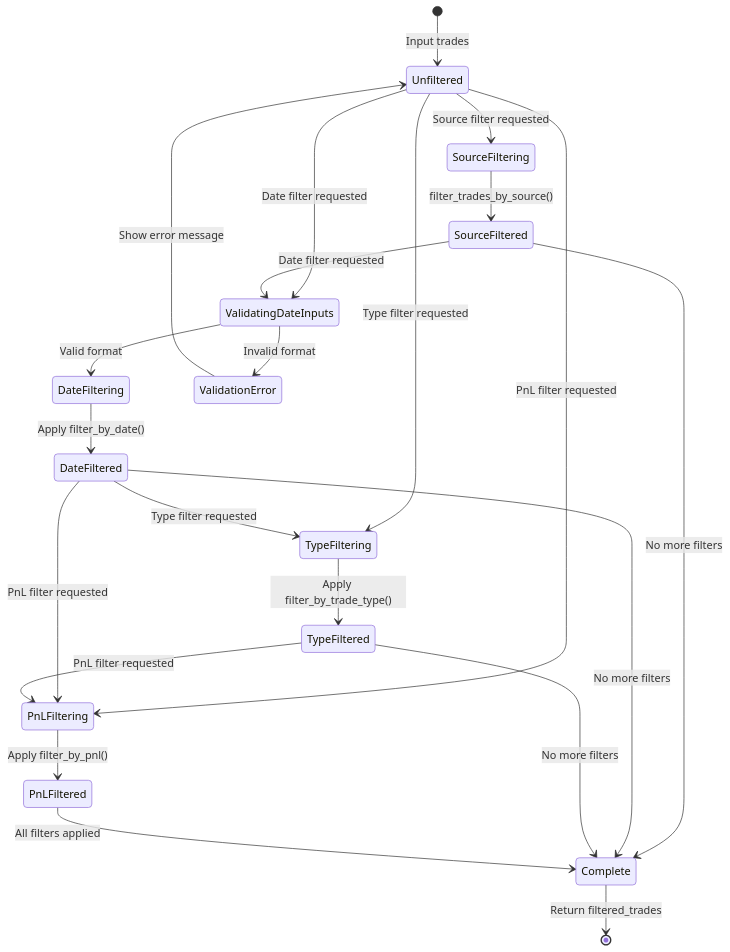
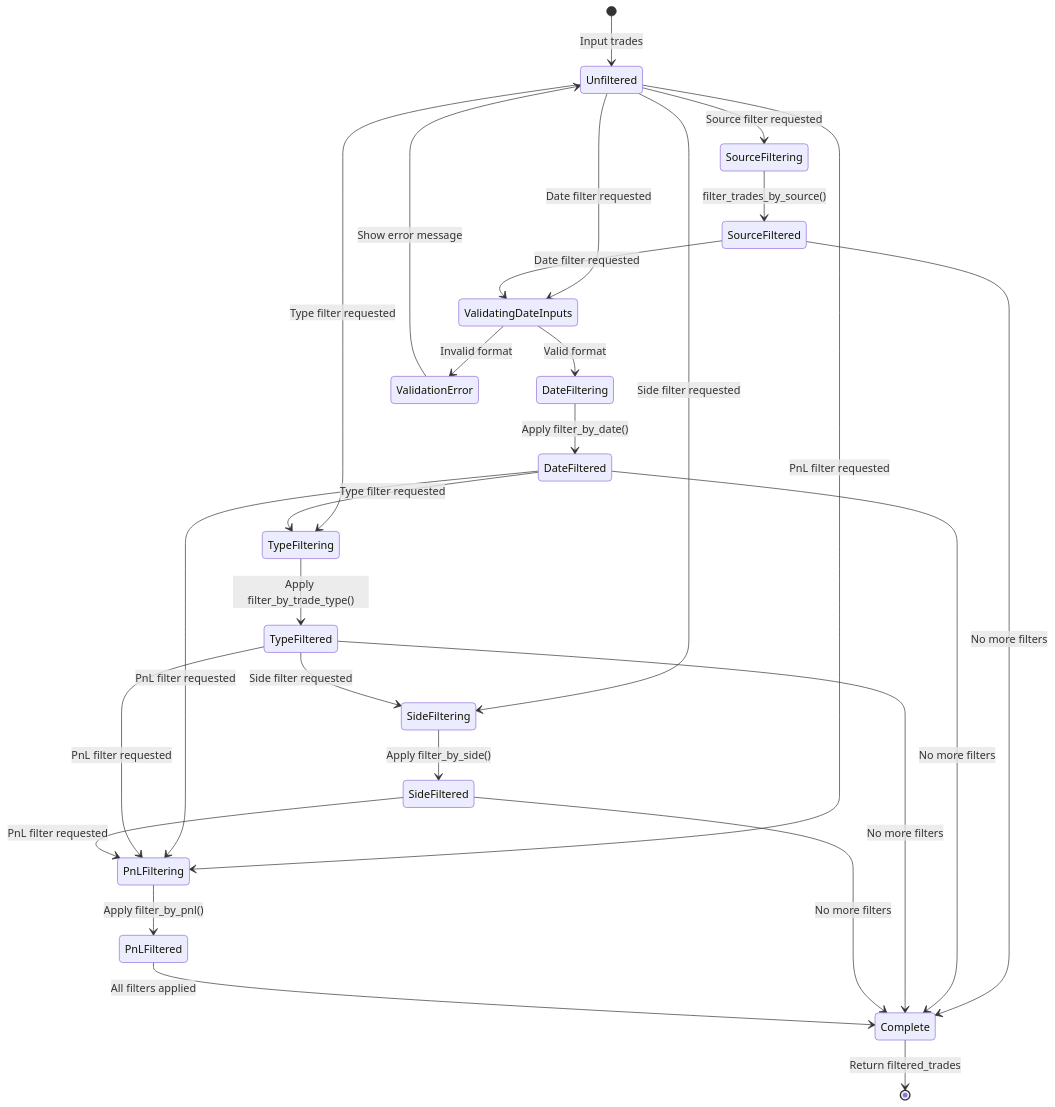
The fifth of 13 diagrams in docs/STATE_MACHINE_DIAGRAMS.md (Frostbite1536/Prediction_Analyzer), drawn with Mermaid before and after one commit. The commit also changed other lines of this file and 5 other files, not shown here.

````diff
--- a/docs/STATE_MACHINE_DIAGRAMS.md
+++ b/docs/STATE_MACHINE_DIAGRAMS.md
@@ -252,36 +266,43 @@
 ```mermaid
 stateDiagram-v2
     [*] --> Unfiltered: Input trades
 
     Unfiltered --> SourceFiltering: Source filter requested
     Unfiltered --> ValidatingDateInputs: Date filter requested
     Unfiltered --> TypeFiltering: Type filter requested
+    Unfiltered --> SideFiltering: Side filter requested
     Unfiltered --> PnLFiltering: PnL filter requested
 
     SourceFiltering --> SourceFiltered: filter_trades_by_source()
 
     SourceFiltered --> ValidatingDateInputs: Date filter requested
     SourceFiltered --> Complete: No more filters
 
     ValidatingDateInputs --> DateFiltering: Valid format
     ValidatingDateInputs --> ValidationError: Invalid format
 
     DateFiltering --> DateFiltered: Apply filter_by_date()
 
     DateFiltered --> TypeFiltering: Type filter requested
     DateFiltered --> PnLFiltering: PnL filter requested
     DateFiltered --> Complete: No more filters
 
     TypeFiltering --> TypeFiltered: Apply filter_by_trade_type()
 
+    TypeFiltered --> SideFiltering: Side filter requested
     TypeFiltered --> PnLFiltering: PnL filter requested
     TypeFiltered --> Complete: No more filters
+
+    SideFiltering --> SideFiltered: Apply filter_by_side()
+
+    SideFiltered --> PnLFiltering: PnL filter requested
+    SideFiltered --> Complete: No more filters
 
     PnLFiltering --> PnLFiltered: Apply filter_by_pnl()
 
     PnLFiltered --> Complete: All filters applied
 
     ValidationError --> Unfiltered: Show error message
 
     Complete --> [*]: Return filtered_trades
 ```
````
